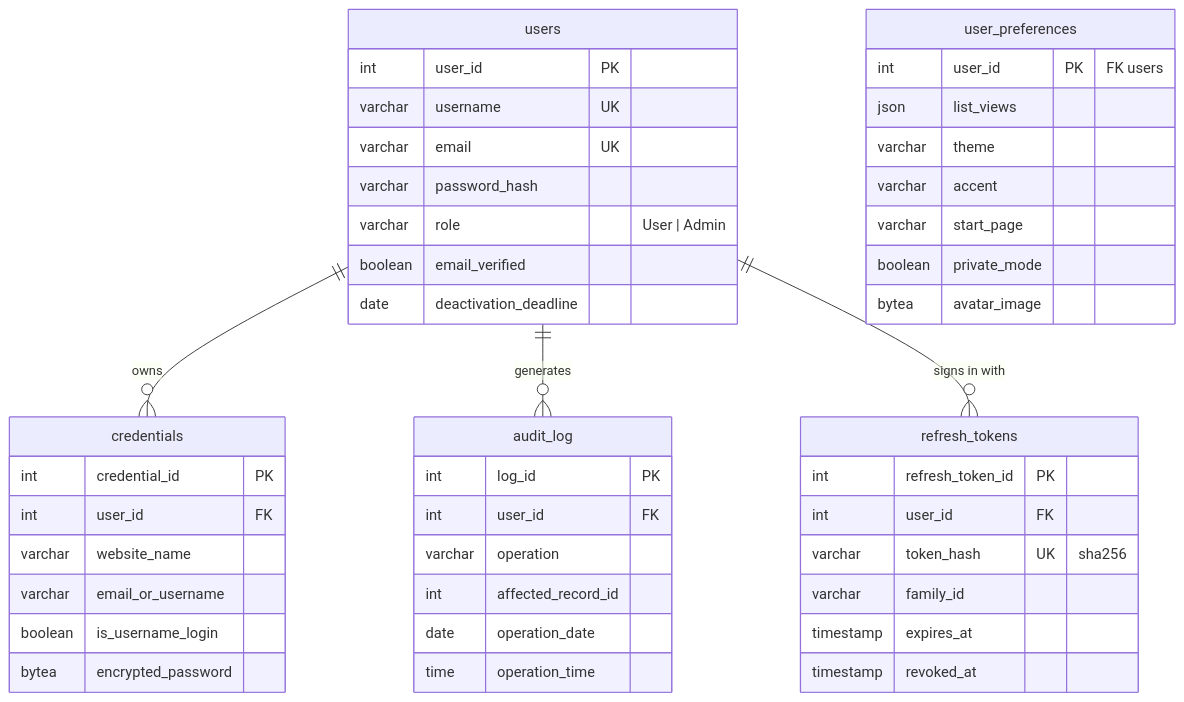
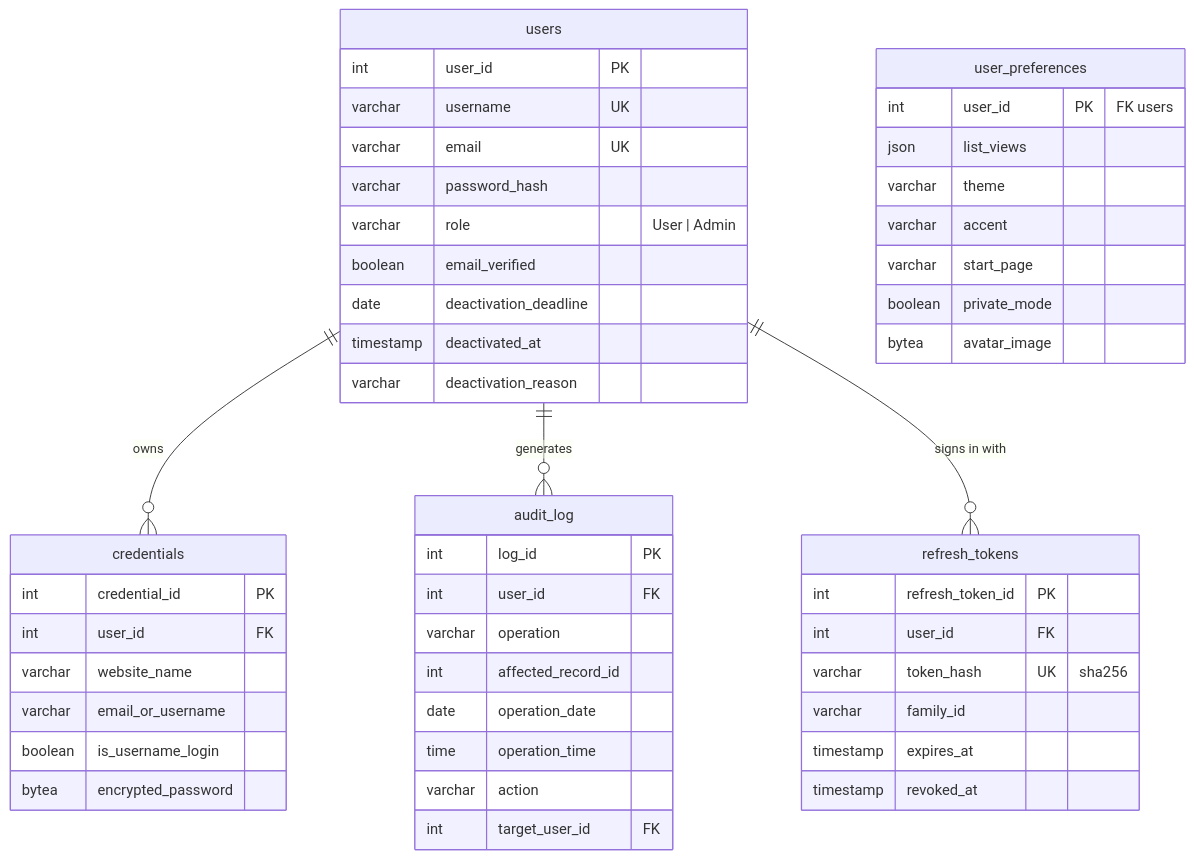
Before and after one commit to DarkyGr/Saving-Access: the third of 4 diagrams in ARCHITECTURE.md, drawn with Mermaid. The commit also changed other lines of this file and 30 other files, not shown here.

````diff
--- a/ARCHITECTURE.md
+++ b/ARCHITECTURE.md
@@ -194,49 +196,53 @@
 ```mermaid
 erDiagram
     users ||--o{ credentials : owns
     users ||--o{ audit_log : generates
     users ||--o{ refresh_tokens : "signs in with"
 
     users {
         int user_id PK
         varchar username UK
         varchar email UK
         varchar password_hash
         varchar role "User | Admin"
         boolean email_verified
         date deactivation_deadline
+        timestamp deactivated_at
+        varchar deactivation_reason
     }
     credentials {
         int credential_id PK
         int user_id FK
         varchar website_name
         varchar email_or_username
         boolean is_username_login
         bytea encrypted_password
     }
     audit_log {
         int log_id PK
         int user_id FK
         varchar operation
         int affected_record_id
         date operation_date
         time operation_time
+        varchar action
+        int target_user_id FK
     }
     user_preferences {
         int user_id PK "FK users"
         json list_views
         varchar theme
         varchar accent
         varchar start_page
         boolean private_mode
         bytea avatar_image
     }
     refresh_tokens {
         int refresh_token_id PK
         int user_id FK
         varchar token_hash UK "sha256"
         varchar family_id
         timestamp expires_at
         timestamp revoked_at
     }
 ```
````
